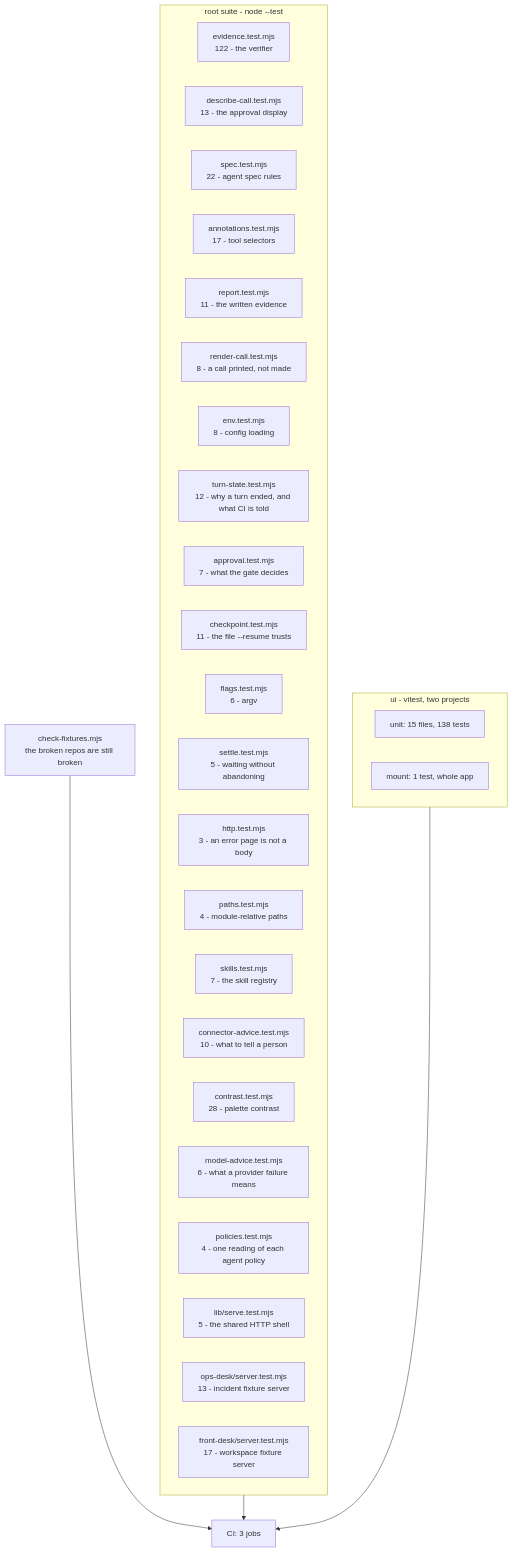
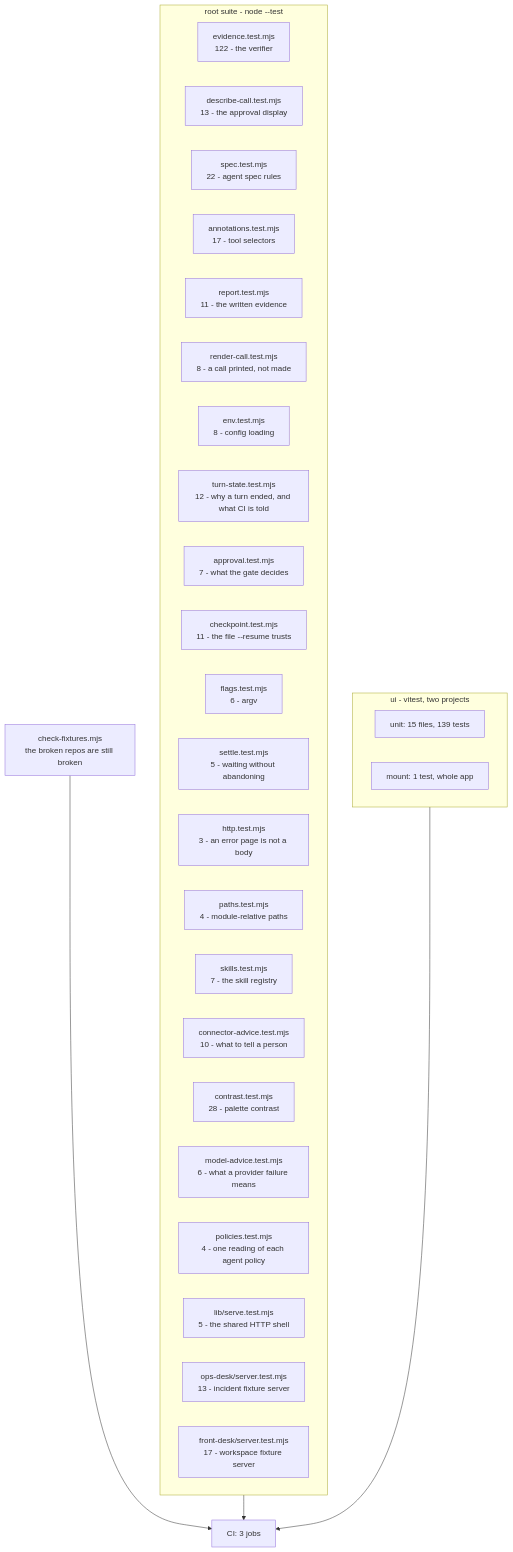
The diagram in TESTING.md (manumishra12/quartermaster), drawn with Mermaid before and after one commit. The commit also changed other lines of this file and 9 other files, not shown here.

````diff
--- a/TESTING.md
+++ b/TESTING.md
@@ -30,38 +30,38 @@
 ```mermaid
 flowchart TD
   subgraph root["root suite - node --test"]
     EV["evidence.test.mjs<br/>122 - the verifier"]
     DC["describe-call.test.mjs<br/>13 - the approval display"]
     SP["spec.test.mjs<br/>22 - agent spec rules"]
     AN["annotations.test.mjs<br/>17 - tool selectors"]
     RP["report.test.mjs<br/>11 - the written evidence"]
     RC["render-call.test.mjs<br/>8 - a call printed, not made"]
     EN["env.test.mjs<br/>8 - config loading"]
     TS["turn-state.test.mjs<br/>12 - why a turn ended, and what CI is told"]
     AP["approval.test.mjs<br/>7 - what the gate decides"]
     CK["checkpoint.test.mjs<br/>11 - the file --resume trusts"]
     FL["flags.test.mjs<br/>6 - argv"]
     ST["settle.test.mjs<br/>5 - waiting without abandoning"]
     HT["http.test.mjs<br/>3 - an error page is not a body"]
     PA["paths.test.mjs<br/>4 - module-relative paths"]
     SK["skills.test.mjs<br/>7 - the skill registry"]
     CA["connector-advice.test.mjs<br/>10 - what to tell a person"]
     CO["contrast.test.mjs<br/>28 - palette contrast"]
     MA["model-advice.test.mjs<br/>6 - what a provider failure means"]
     PO["policies.test.mjs<br/>4 - one reading of each agent policy"]
     SV["lib/serve.test.mjs<br/>5 - the shared HTTP shell"]
     OD["ops-desk/server.test.mjs<br/>13 - incident fixture server"]
     FD["front-desk/server.test.mjs<br/>17 - workspace fixture server"]
   end
 
   subgraph ui["ui - vitest, two projects"]
-    U1["unit: 15 files, 138 tests"]
+    U1["unit: 15 files, 139 tests"]
     U2["mount: 1 test, whole app"]
   end
 
   FX["check-fixtures.mjs<br/>the broken repos are still broken"]
 
   root --> CI["CI: 3 jobs"]
   ui --> CI
   FX --> CI
 ```
````
